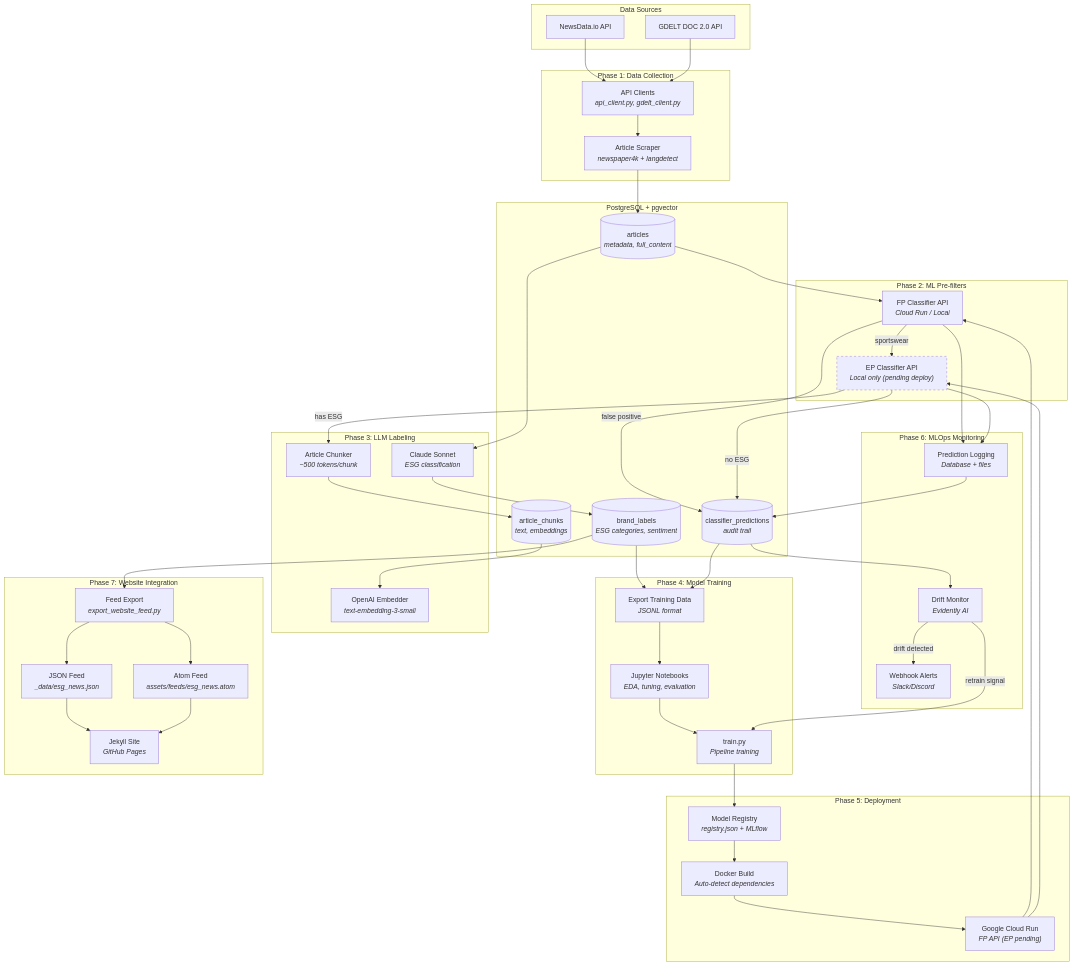
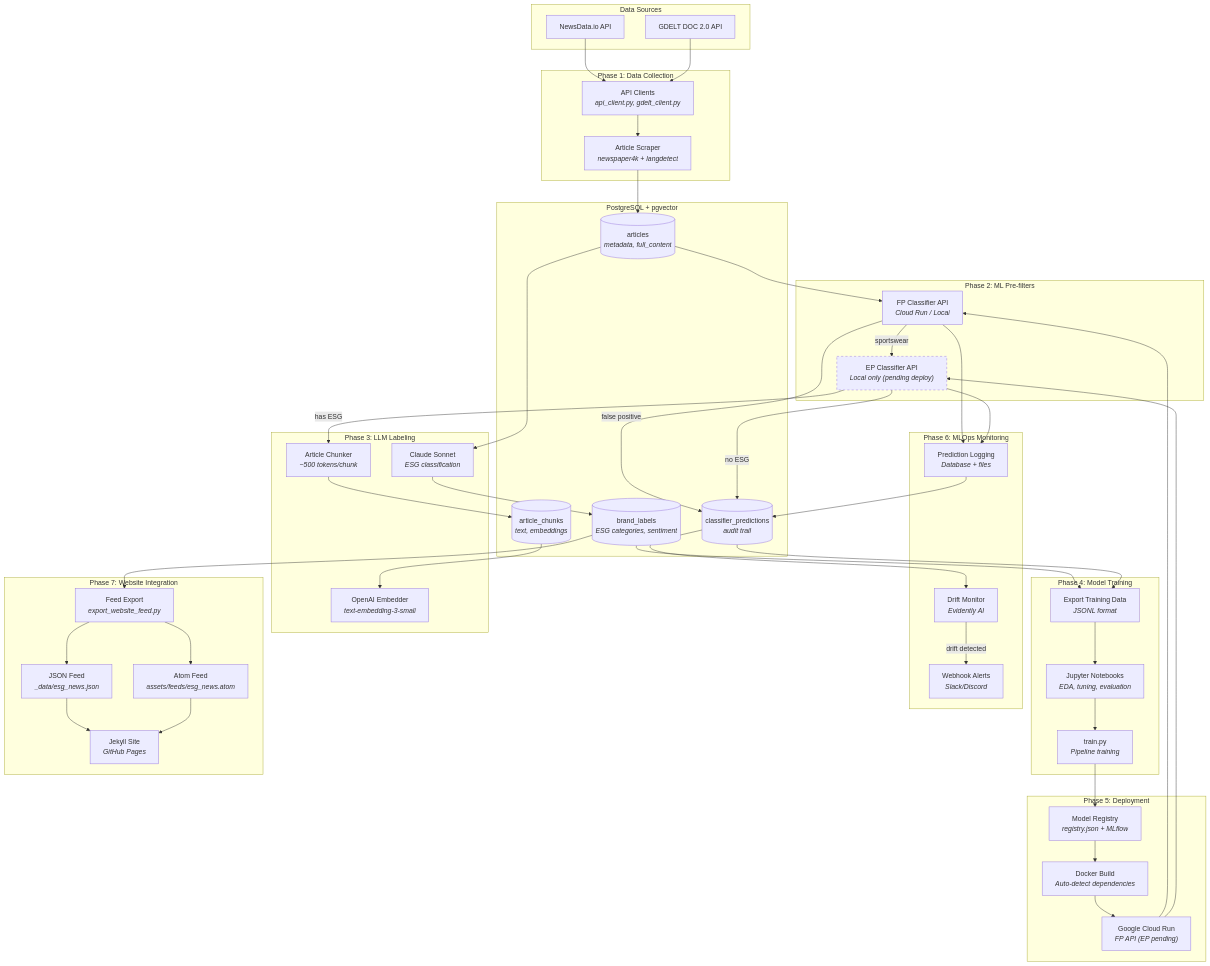
One commit to frederick-douglas-pearce/sportswear-esg-news-classifier changed the diagram in README.md. Above: the diagram before and after it, drawn with Mermaid. The commit also changed other lines of this file and 11 other files, not shown here.

First line of the commit message:
Make drift report-only: no retrain recommendation, no drift notification (#169)

```diff
--- a/README.md
+++ b/README.md
@@ -221,7 +221,6 @@
     pred_logs --> predictions
     predictions --> drift
     drift -->|"drift detected"| alerts
-    drift -->|"retrain signal"| train
 
     %% Website Flow
     labels --> feed_export
```
